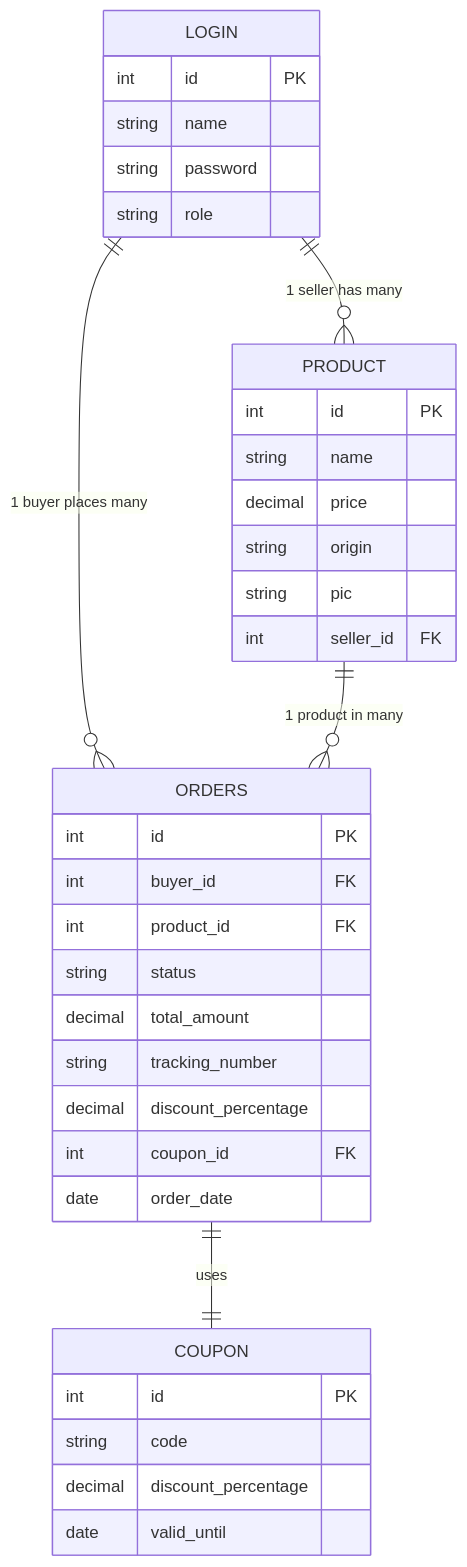
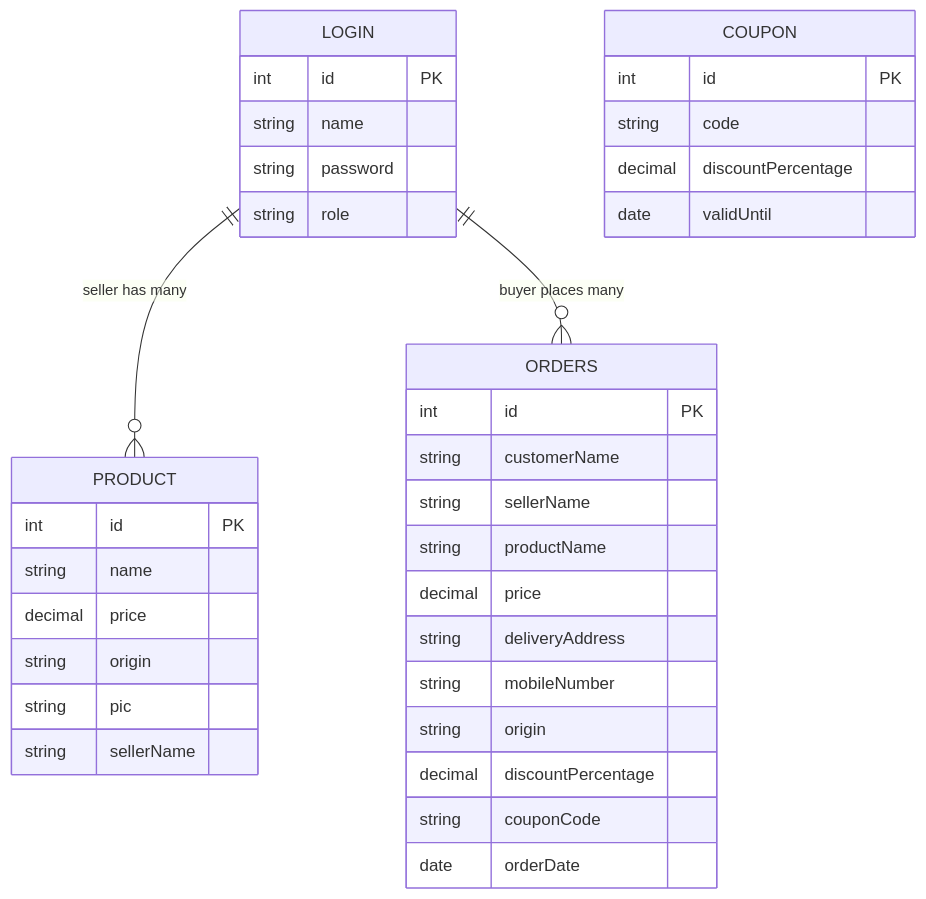
The second of 3 diagrams in README.md (ShifatHasanGNS/mini-marketplace), drawn with Mermaid before and after one commit. The commit also changed other lines of this file and 6 other files, not shown here.

````diff
--- a/README.md
+++ b/README.md
@@ -80,42 +80,42 @@
 ```mermaid
 erDiagram
-    LOGIN ||--o{ PRODUCT : "1 seller has many"
-    LOGIN ||--o{ ORDERS : "1 buyer places many"
-    PRODUCT ||--o{ ORDERS : "1 product in many"
-    ORDERS ||--|| COUPON : "uses"
+    LOGIN ||--o{ PRODUCT : "seller has many"
+    LOGIN ||--o{ ORDERS : "buyer places many"
 
     LOGIN {
         int id PK
         string name
         string password
         string role
     }
 
     PRODUCT {
         int id PK
         string name
         decimal price
         string origin
         string pic
-        int seller_id FK
+        string sellerName
     }
 
     ORDERS {
         int id PK
-        int buyer_id FK
-        int product_id FK
-        string status
-        decimal total_amount
-        string tracking_number
-        decimal discount_percentage
-        int coupon_id FK
-        date order_date
+        string customerName
+        string sellerName
+        string productName
+        decimal price
+        string deliveryAddress
+        string mobileNumber
+        string origin
+        decimal discountPercentage
+        string couponCode
+        date orderDate
     }
 
     COUPON {
         int id PK
         string code
-        decimal discount_percentage
-        date valid_until
+        decimal discountPercentage
+        date validUntil
     }
 ```
````
